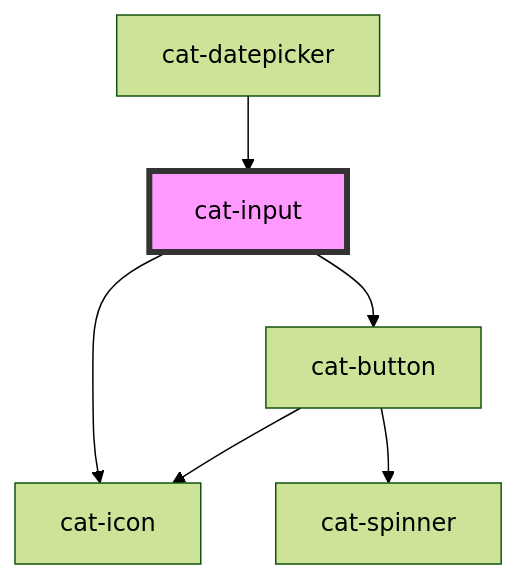
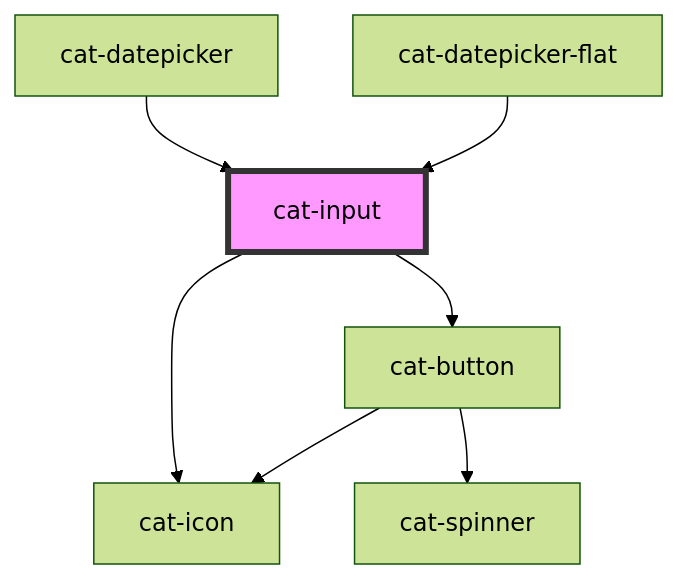
One commit to haiilo/catalyst changed the diagram in core/src/components/cat-input/readme.md. Above: the diagram before and after it, drawn with Mermaid (forest theme). The commit also changed other lines of this file and 12 other files, not shown here.

````diff
--- a/core/src/components/cat-input/readme.md
+++ b/core/src/components/cat-input/readme.md
@@ -130,9 +131,10 @@
 ```mermaid
 graph TD;
   cat-input --> cat-icon
   cat-input --> cat-button
   cat-button --> cat-icon
   cat-button --> cat-spinner
   cat-datepicker --> cat-input
+  cat-datepicker-flat --> cat-input
   style cat-input fill:#f9f,stroke:#333,stroke-width:4px
 ```
````
